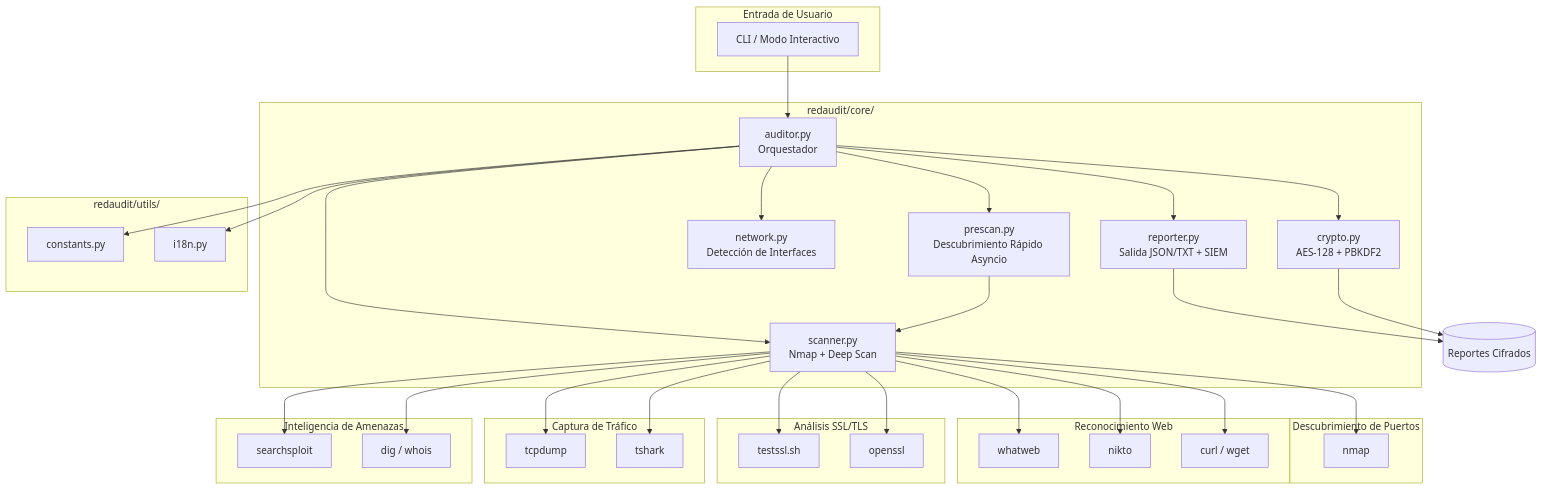
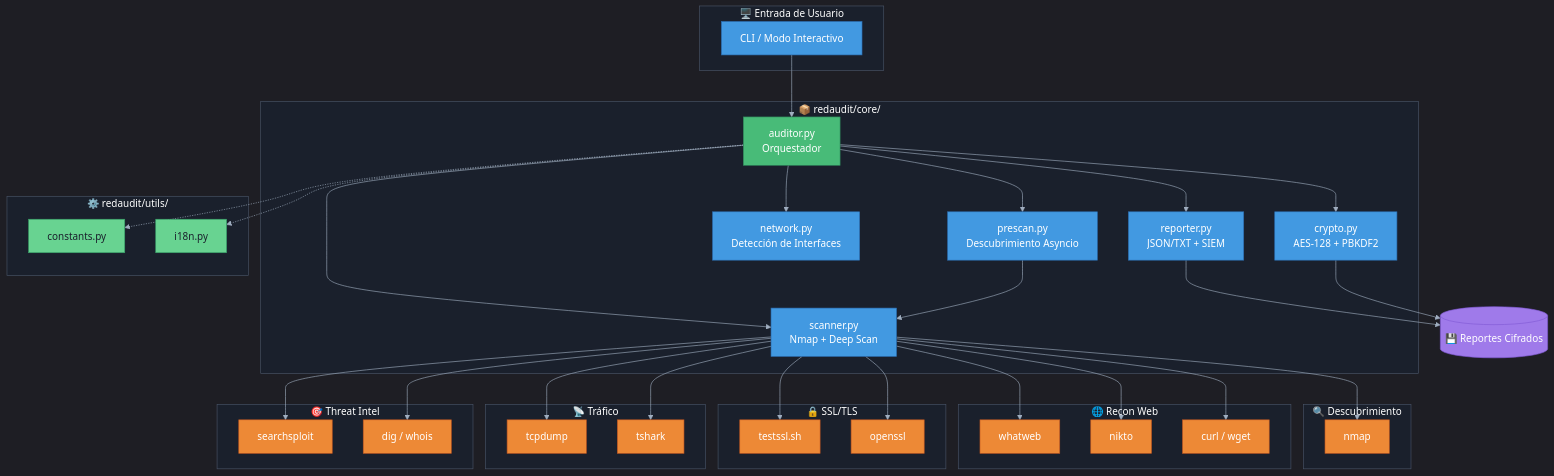
The diagram in README_ES.md (dorinbadea/RedAudit), drawn with Mermaid before and after one commit. The commit also changed other lines of this file and 2 other files, not shown here.

Commit message:
docs: Add static system overview diagram and enhance Mermaid diagram styling in READMEs.

````diff
--- a/README_ES.md
+++ b/README_ES.md
@@ -45,57 +47,79 @@
 ```mermaid
+%%{init: {'theme': 'dark', 'themeVariables': { 'primaryColor': '#1a365d', 'primaryTextColor': '#fff', 'primaryBorderColor': '#4299e1', 'lineColor': '#a0aec0', 'secondaryColor': '#2d3748', 'tertiaryColor': '#1a202c', 'background': '#0d1117', 'mainBkg': '#0d1117', 'nodeBorder': '#4299e1', 'clusterBkg': '#1a202c', 'clusterBorder': '#4a5568', 'titleColor': '#fff'}}}%%
 flowchart TB
-    subgraph Input["Entrada de Usuario"]
-        A[CLI / Modo Interactivo]
+    subgraph Input["🖥️ Entrada de Usuario"]
+        A["CLI / Modo Interactivo"]
     end
     
-    subgraph Core["redaudit/core/"]
-        B[auditor.py<br/>Orquestador]
-        C[scanner.py<br/>Nmap + Deep Scan]
-        C2[prescan.py<br/>Descubrimiento Rápido Asyncio]
-        D[network.py<br/>Detección de Interfaces]
-        E[reporter.py<br/>Salida JSON/TXT + SIEM]
-        F[crypto.py<br/>AES-128 + PBKDF2]
+    subgraph Core["📦 redaudit/core/"]
+        B["auditor.py<br/>Orquestador"]
+        C["scanner.py<br/>Nmap + Deep Scan"]
+        C2["prescan.py<br/>Descubrimiento Asyncio"]
+        D["network.py<br/>Detección de Interfaces"]
+        E["reporter.py<br/>JSON/TXT + SIEM"]
+        F["crypto.py<br/>AES-128 + PBKDF2"]
     end
     
-    subgraph Utils["redaudit/utils/"]
-        G[constants.py]
-        H[i18n.py]
+    subgraph Utils["⚙️ redaudit/utils/"]
+        G["constants.py"]
+        H["i18n.py"]
     end
     
-    subgraph Scanning["Descubrimiento de Puertos"]
-        I[nmap]
+    subgraph Scanning["🔍 Descubrimiento"]
+        I["nmap"]
     end
     
-    subgraph WebAudit["Reconocimiento Web"]
-        J[whatweb]
-        K[nikto]
-        L[curl / wget]
+    subgraph WebAudit["🌐 Recon Web"]
+        J["whatweb"]
+        K["nikto"]
+        L["curl / wget"]
     end
     
-    subgraph SSL["Análisis SSL/TLS"]
-        M[testssl.sh]
-        N[openssl]
+    subgraph SSL["🔒 SSL/TLS"]
+        M["testssl.sh"]
+        N["openssl"]
     end
     
-    subgraph Traffic["Captura de Tráfico"]
-        O[tcpdump]
-        P[tshark]
+    subgraph Traffic["📡 Tráfico"]
+        O["tcpdump"]
+        P["tshark"]
     end
     
-    subgraph Intel["Inteligencia de Amenazas"]
-        Q[searchsploit]
-        R[dig / whois]
+    subgraph Intel["🎯 Threat Intel"]
+        Q["searchsploit"]
+        R["dig / whois"]
     end
     
     A --> B
     B --> C & C2 & D & E & F
-    B --> G & H
+    B -.-> G & H
     C2 --> C
     C --> I
     C --> J & K & L
     C --> M & N
     C --> O & P
     C --> Q & R
-    E --> Output[(Reportes Cifrados)]
+    E --> Output[("💾 Reportes Cifrados")]
     F --> Output
+
+    style A fill:#4299e1,stroke:#2b6cb0,color:#fff
+    style B fill:#48bb78,stroke:#2f855a,color:#fff
+    style C fill:#4299e1,stroke:#2b6cb0,color:#fff
+    style C2 fill:#4299e1,stroke:#2b6cb0,color:#fff
+    style D fill:#4299e1,stroke:#2b6cb0,color:#fff
+    style E fill:#4299e1,stroke:#2b6cb0,color:#fff
+    style F fill:#4299e1,stroke:#2b6cb0,color:#fff
+    style G fill:#68d391,stroke:#38a169,color:#1a202c
+    style H fill:#68d391,stroke:#38a169,color:#1a202c
+    style I fill:#ed8936,stroke:#c05621,color:#fff
+    style J fill:#ed8936,stroke:#c05621,color:#fff
+    style K fill:#ed8936,stroke:#c05621,color:#fff
+    style L fill:#ed8936,stroke:#c05621,color:#fff
+    style M fill:#ed8936,stroke:#c05621,color:#fff
+    style N fill:#ed8936,stroke:#c05621,color:#fff
+    style O fill:#ed8936,stroke:#c05621,color:#fff
+    style P fill:#ed8936,stroke:#c05621,color:#fff
+    style Q fill:#ed8936,stroke:#c05621,color:#fff
+    style R fill:#ed8936,stroke:#c05621,color:#fff
+    style Output fill:#9f7aea,stroke:#805ad5,color:#fff
 ```
````
